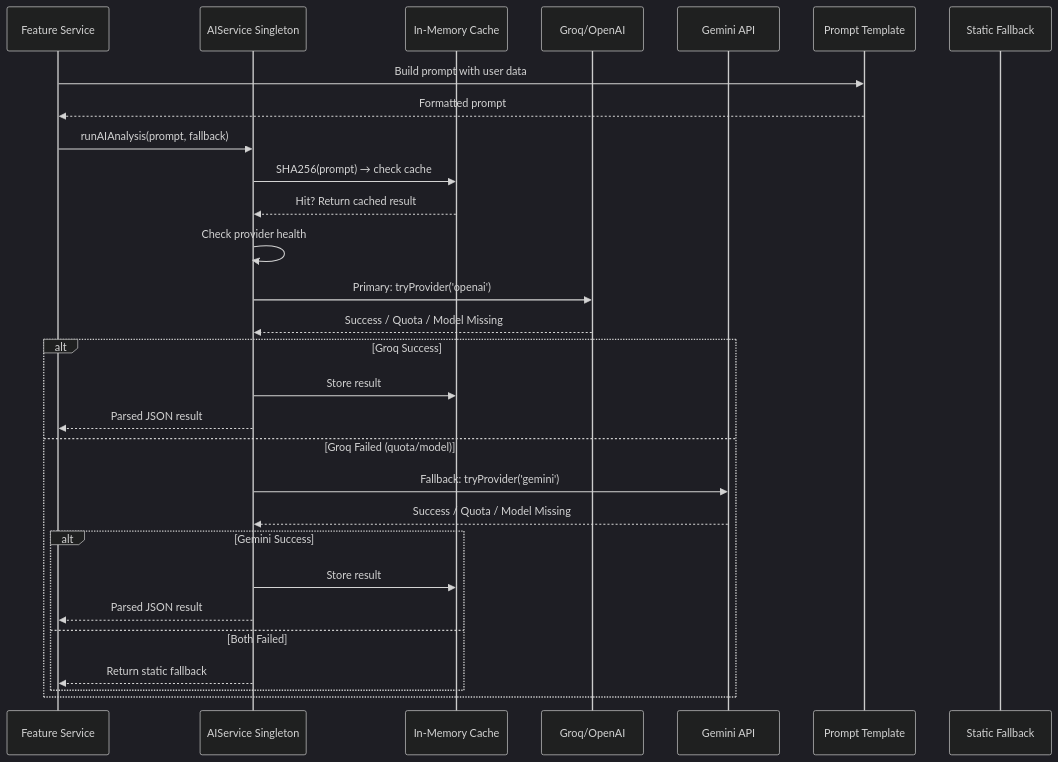
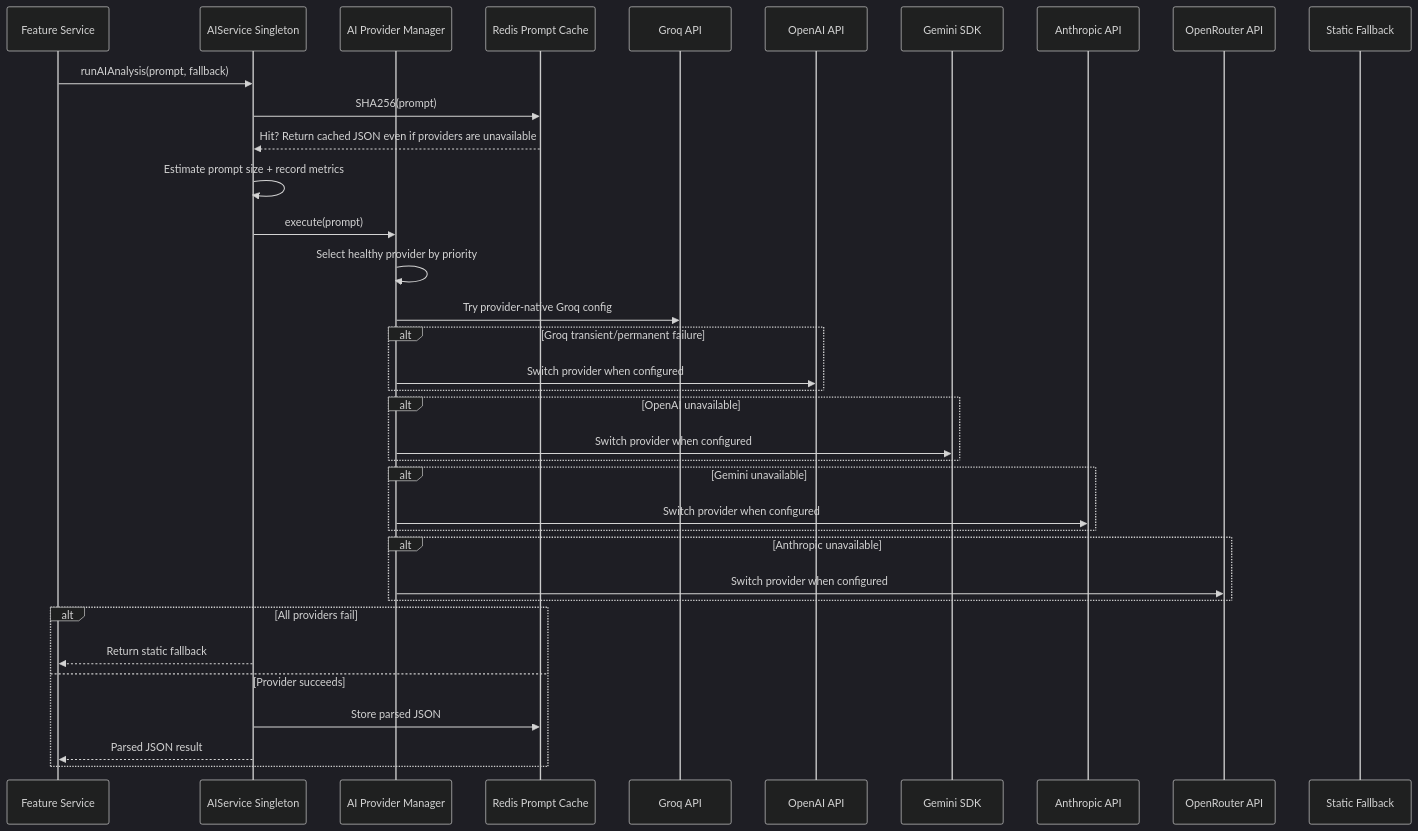
Before and after one commit to AhmadDhariwal/Developer-Portfolio-Analyzer: the diagram in docs/AI_PIPELINE.md, drawn with Mermaid (dark theme). The commit also changed other lines of this file and 28 other files, not shown here.

````diff
--- a/docs/AI_PIPELINE.md
+++ b/docs/AI_PIPELINE.md
@@ -5,32 +5,39 @@
 ```mermaid
 sequenceDiagram
     participant Feature as Feature Service
     participant AISvc as AIService Singleton
-    participant Cache as In-Memory Cache
-    participant Groq as Groq/OpenAI
-    participant Gemini as Gemini API
-    participant Prompt as Prompt Template
+    participant Manager as AI Provider Manager
+    participant Cache as Redis Prompt Cache
+    participant Groq as Groq API
+    participant OpenAI as OpenAI API
+    participant Gemini as Gemini SDK
+    participant Anthropic as Anthropic API
+    participant OpenRouter as OpenRouter API
     participant Fallback as Static Fallback
 
-    Feature->>Prompt: Build prompt with user data
-    Prompt-->>Feature: Formatted prompt
     Feature->>AISvc: runAIAnalysis(prompt, fallback)
-    AISvc->>Cache: SHA256(prompt) → check cache
-    Cache-->>AISvc: Hit? Return cached result
-    AISvc->>AISvc: Check provider health
-    AISvc->>Groq: Primary: tryProvider('openai')
-    Groq-->>AISvc: Success / Quota / Model Missing
-    alt Groq Success
-        AISvc->>Cache: Store result
+    AISvc->>Cache: SHA256(prompt)
+    Cache-->>AISvc: Hit? Return cached JSON even if providers are unavailable
+    AISvc->>AISvc: Estimate prompt size + record metrics
+    AISvc->>Manager: execute(prompt)
+    Manager->>Manager: Select healthy provider by priority
+    Manager->>Groq: Try provider-native Groq config
+    alt Groq transient/permanent failure
+        Manager->>OpenAI: Switch provider when configured
+    end
+    alt OpenAI unavailable
+        Manager->>Gemini: Switch provider when configured
+    end
+    alt Gemini unavailable
+        Manager->>Anthropic: Switch provider when configured
+    end
+    alt Anthropic unavailable
+        Manager->>OpenRouter: Switch provider when configured
+    end
+    alt All providers fail
+        AISvc-->>Feature: Return static fallback
+    else Provider succeeds
+        AISvc->>Cache: Store parsed JSON
         AISvc-->>Feature: Parsed JSON result
-    else Groq Failed (quota/model)
-        AISvc->>Gemini: Fallback: tryProvider('gemini')
-        Gemini-->>AISvc: Success / Quota / Model Missing
-        alt Gemini Success
-            AISvc->>Cache: Store result
-            AISvc-->>Feature: Parsed JSON result
-        else Both Failed
-            AISvc-->>Feature: Return static fallback
-        end
     end
 ```
````
